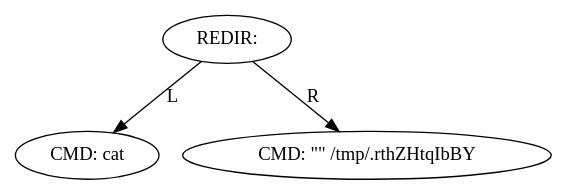
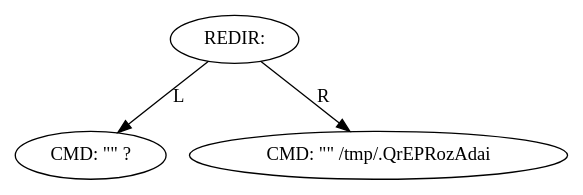
Before and after one commit to elachyry/minishell: the diagram in ast.dot, drawn with Graphviz. The commit also changed 13 other files, not shown here.

```diff
--- a/ast.dot
+++ b/ast.dot
@@ -1,7 +1,7 @@
 digraph AST {
-"0x16c4ce0" [label="REDIR: "];
-"0x16c4ce0" -> "0x16c4e30" [label="L"];
-"0x16c4e30" [label="CMD: cat"];
-"0x16c4ce0" -> "0x16c4e80" [label="R"];
-"0x16c4e80" [label="CMD: \"\" /tmp/.rthZHtqIbBY"];
+"0x2044040" [label="REDIR: "];
+"0x2044040" -> "0x2044150" [label="L"];
+"0x2044150" [label="CMD: \"\" ?"];
+"0x2044040" -> "0x20441a0" [label="R"];
+"0x20441a0" [label="CMD: \"\" /tmp/.QrEPRozAdai"];
 }
```
